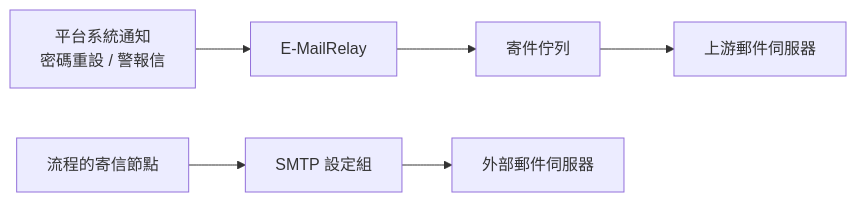
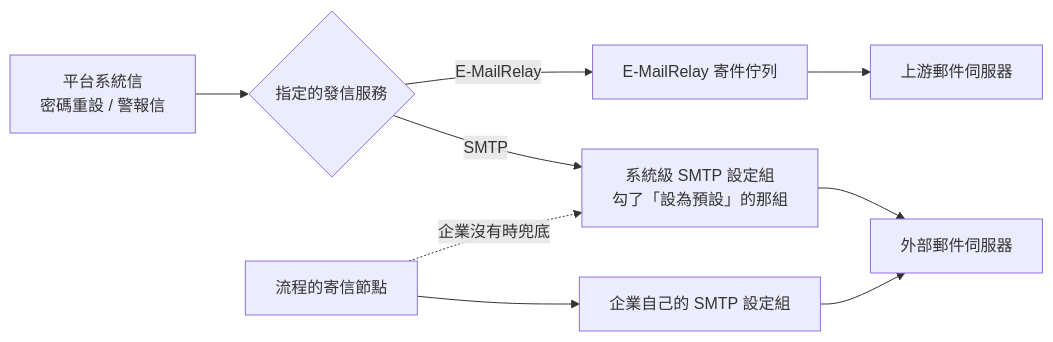
Before and after one commit to ethan-beakmask/BeakPlatform: the diagram in docs/manual/02_platform_admin/server_settings.md, drawn with Mermaid. The commit also changed other lines of this file and 33 other files, not shown here.

First line of the commit message:
feat(mail): PF-218 系統級發信服務二選一——主機設定合併 E-MailRelay／SMTP 為「發信服務」，系統信改抓此設定

````diff
--- a/docs/manual/02_platform_admin/server_settings.md
+++ b/docs/manual/02_platform_admin/server_settings.md
@@ -71,7 +73,8 @@
 ```mermaid
 flowchart LR
-    A[平台系統通知<br/>密碼重設 / 警報信] --> B[E-MailRelay]
-    B --> C[寄件佇列] --> D[上游郵件伺服器]
-    E[流程的寄信節點] --> F[SMTP 設定組]
-    F --> G[外部郵件伺服器]
+    A[平台系統信<br/>密碼重設 / 警報信] --> P{指定的發信服務}
+    P -- E-MailRelay --> B[E-MailRelay 寄件佇列] --> D[上游郵件伺服器]
+    P -- SMTP --> F[系統級 SMTP 設定組<br/>勾了「設為預設」的那組] --> G[外部郵件伺服器]
+    E[流程的寄信節點] --> H[企業自己的 SMTP 設定組] --> G
+    E -. 企業沒有時兜底 .-> F
 ```
````
